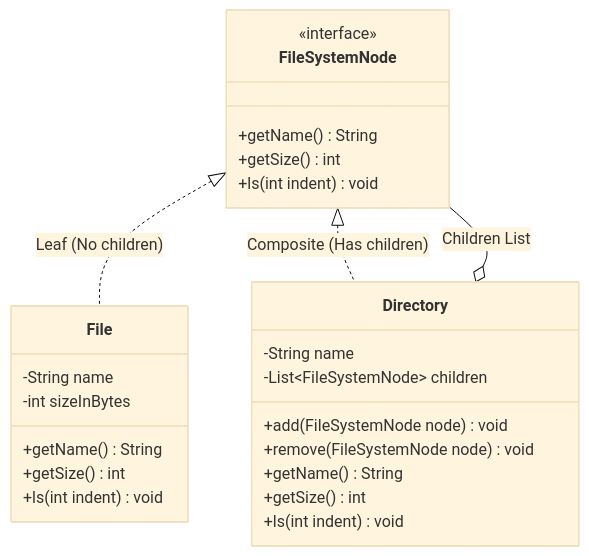
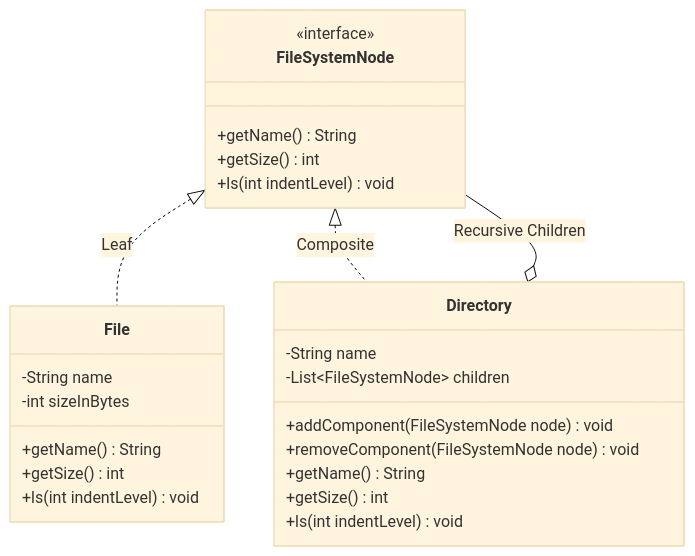
Before and after one commit to rohithgowda18/Notes: the second of 3 diagrams in 04-OOPs-and-Design-Patterns/03-Design-Patterns/19-Composite-Design-Pattern-File-System.md, drawn with Mermaid (base theme). The commit also changed other lines of this file and 30 other files, not shown here.

````diff
--- a/04-OOPs-and-Design-Patterns/03-Design-Patterns/19-Composite-Design-Pattern-File-System.md
+++ b/04-OOPs-and-Design-Patterns/03-Design-Patterns/19-Composite-Design-Pattern-File-System.md
@@ -42,31 +94,31 @@
 ```mermaid
 classDiagram
     class FileSystemNode {
         <<interface>>
         +getName() String
         +getSize() int
-        +ls(int indent) void
+        +ls(int indentLevel) void
     }
 
     class File {
         -String name
         -int sizeInBytes
         +getName() String
         +getSize() int
-        +ls(int indent) void
+        +ls(int indentLevel) void
     }
 
     class Directory {
         -String name
         -List~FileSystemNode~ children
-        +add(FileSystemNode node) void
-        +remove(FileSystemNode node) void
+        +addComponent(FileSystemNode node) void
+        +removeComponent(FileSystemNode node) void
         +getName() String
         +getSize() int
-        +ls(int indent) void
+        +ls(int indentLevel) void
     }
 
-    FileSystemNode <|.. File : Leaf (No children)
-    FileSystemNode <|.. Directory : Composite (Has children)
-    Directory o-- FileSystemNode : Children List
+    FileSystemNode <|.. File : Leaf
+    FileSystemNode <|.. Directory : Composite
+    Directory o-- FileSystemNode : Recursive Children
 ```
````
